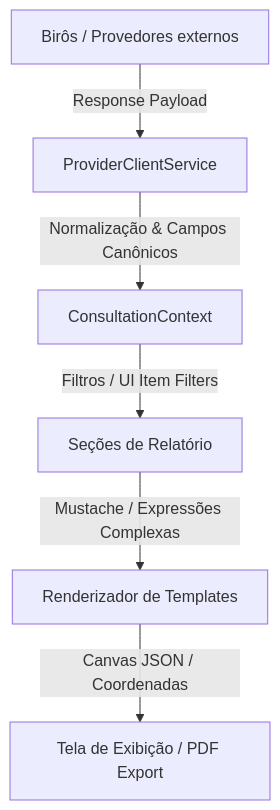
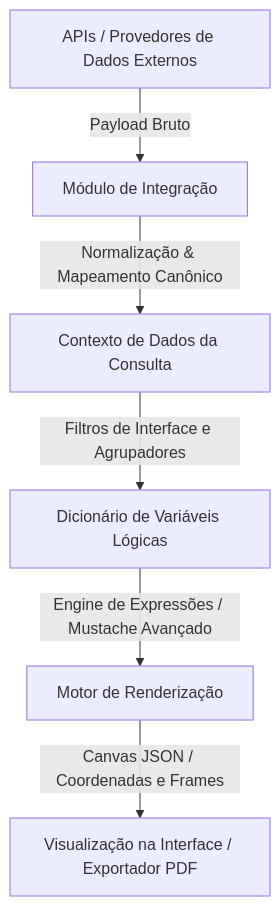
One commit to heiderfgoncalves/consultas_pro changed the diagram in docs/skills/template-management/SKILL.md. Above: the diagram before and after it, drawn with Mermaid. The commit also changed other lines of this file and 3 other files, not shown here.

````diff
--- a/docs/skills/template-management/SKILL.md
+++ b/docs/skills/template-management/SKILL.md
@@ -16,8 +18,8 @@
 ```mermaid
 graph TD
-    A[Birôs / Provedores externos] -->|Response Payload| B[ProviderClientService]
-    B -->|Normalização & Campos Canônicos| C[ConsultationContext]
-    C -->|Filtros / UI Item Filters| D[Seções de Relatório]
-    D -->|Mustache / Expressões Complexas| E[Renderizador de Templates]
-    E -->|Canvas JSON / Coordenadas| F[Tela de Exibição / PDF Export]
+    A[APIs / Provedores de Dados Externos] -->|Payload Bruto| B[Módulo de Integração]
+    B -->|Normalização & Mapeamento Canônico| C[Contexto de Dados da Consulta]
+    C -->|Filtros de Interface e Agrupadores| D[Dicionário de Variáveis Lógicas]
+    D -->|Engine de Expressões / Mustache Avançado| E[Motor de Renderização]
+    E -->|Canvas JSON / Coordenadas e Frames| F[Visualização na Interface / Exportador PDF]
 ```
````
